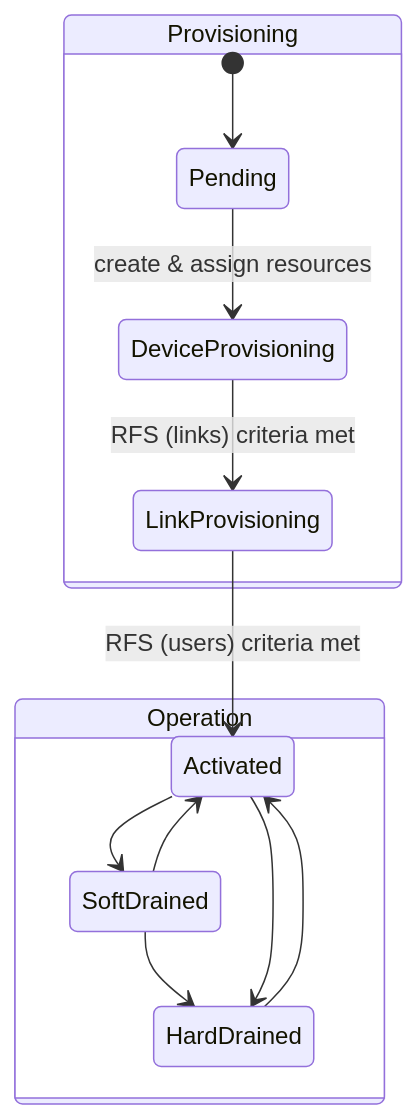
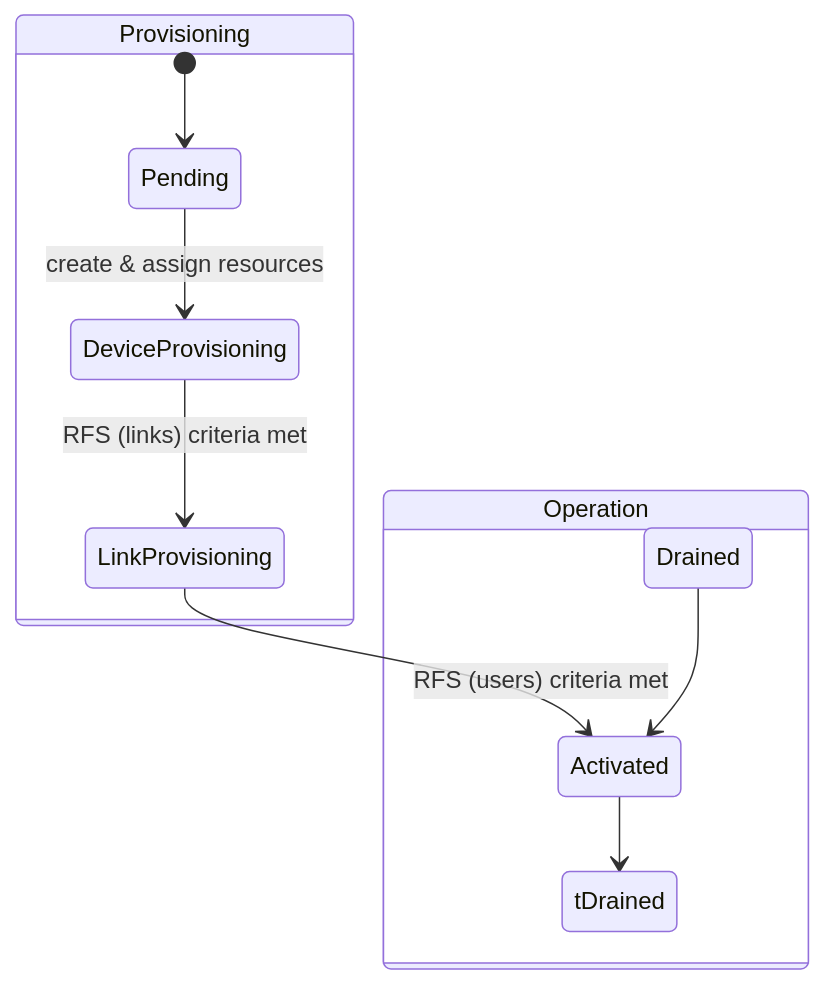
One commit to malbeclabs/doublezero changed the first of 2 diagrams in smartcontract/programs/doublezero-serviceability/PROVISIONING.md. Above: the diagram before and after it, drawn with Mermaid.

Commit message:
fix: update state transitions for device operation in provisioning documentation

````diff
--- a/smartcontract/programs/doublezero-serviceability/PROVISIONING.md
+++ b/smartcontract/programs/doublezero-serviceability/PROVISIONING.md
@@ -31,16 +31,13 @@
 ```mermaid
 stateDiagram-v2
 	state Provisioning {
 		[*] --> Pending
 		Pending --> DeviceProvisioning: create & assign resources
 		DeviceProvisioning --> LinkProvisioning: RFS (links) criteria met
 		LinkProvisioning --> Activated: RFS (users) criteria met
 	}
 	state Operation {
-		Activated --> SoftDrained
-		SoftDrained --> Activated
-		SoftDrained --> HardDrained
-		Activated --> HardDrained
-		HardDrained --> Activated
+		Activated --> tDrained
+		Drained --> Activated
 	}
 ```
````
